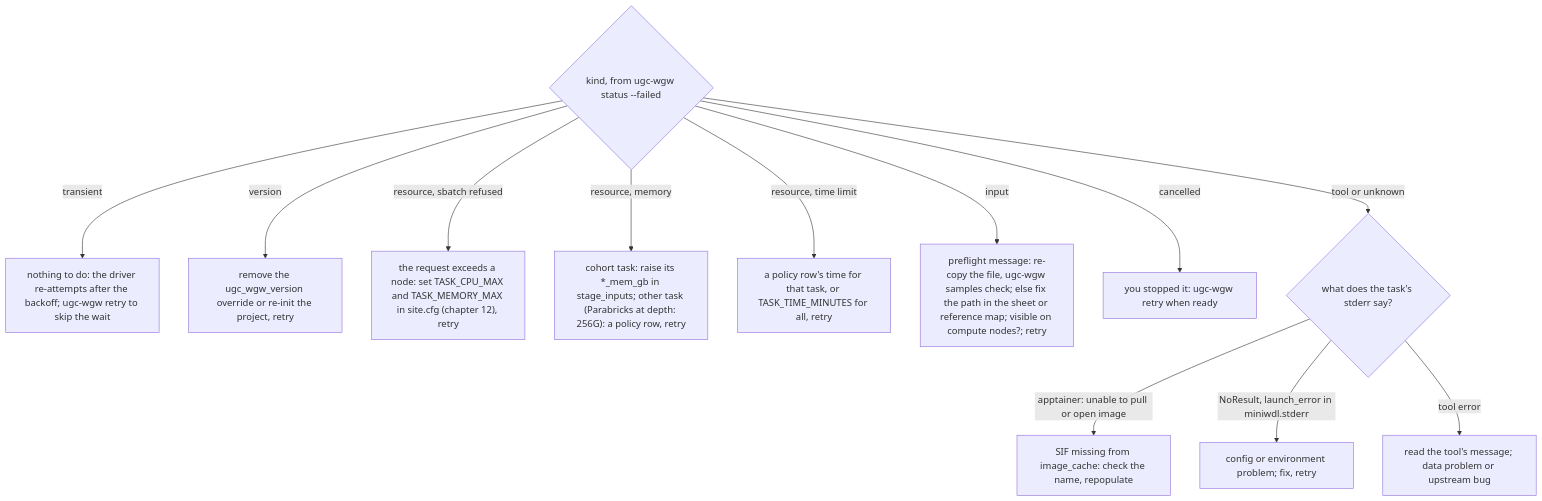
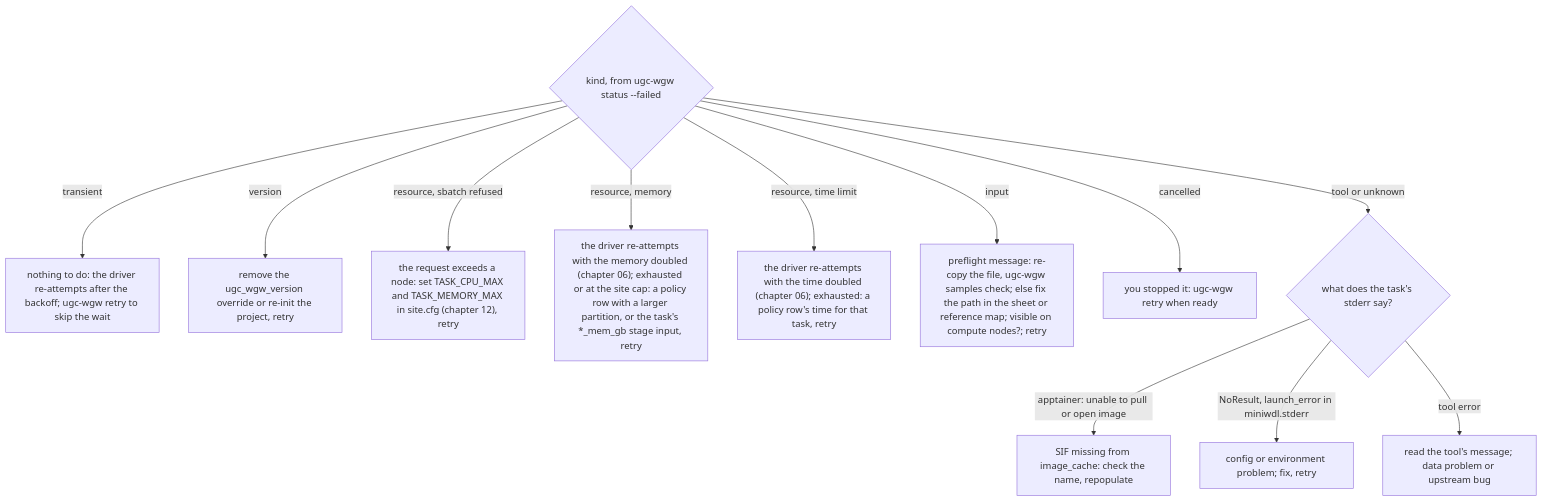
The diagram in docs/guide/09-troubleshooting.md (UppsalaGenomeCenter/ugc-wgw), drawn with Mermaid before and after one commit. The commit also changed other lines of this file and 29 other files, not shown here.

````diff
--- a/docs/guide/09-troubleshooting.md
+++ b/docs/guide/09-troubleshooting.md
@@ -63,15 +64,15 @@
 ```mermaid
 flowchart TD
   s{"kind, from ugc-wgw status --failed"}
   s -->|"transient"| r["nothing to do: the driver re-attempts after the backoff; ugc-wgw retry to skip the wait"]
   s -->|"version"| v["remove the ugc_wgw_version override or re-init the project, retry"]
   s -->|"resource, sbatch refused"| ref["the request exceeds a node: set TASK_CPU_MAX and TASK_MEMORY_MAX in site.cfg (chapter 12), retry"]
-  s -->|"resource, memory"| oom["cohort task: raise its *_mem_gb in stage_inputs; other task (Parabricks at depth: 256G): a policy row, retry"]
-  s -->|"resource, time limit"| t["a policy row's time for that task, or TASK_TIME_MINUTES for all, retry"]
+  s -->|"resource, memory"| oom["the driver re-attempts with the memory doubled (chapter 06); exhausted or at the site cap: a policy row with a larger partition, or the task's *_mem_gb stage input, retry"]
+  s -->|"resource, time limit"| t["the driver re-attempts with the time doubled (chapter 06); exhausted: a policy row's time for that task, retry"]
   s -->|"input"| i["preflight message: re-copy the file, ugc-wgw samples check; else fix the path in the sheet or reference map; visible on compute nodes?; retry"]
   s -->|"cancelled"| cx["you stopped it: ugc-wgw retry when ready"]
   s -->|"tool or unknown"| c{"what does the task's stderr say?"}
   c -->|"apptainer: unable to pull or open image"| sif["SIF missing from image_cache: check the name, repopulate"]
   c -->|"NoResult, launch_error in miniwdl.stderr"| m["config or environment problem; fix, retry"]
   c -->|"tool error"| tool["read the tool's message; data problem or upstream bug"]
 ```
````
